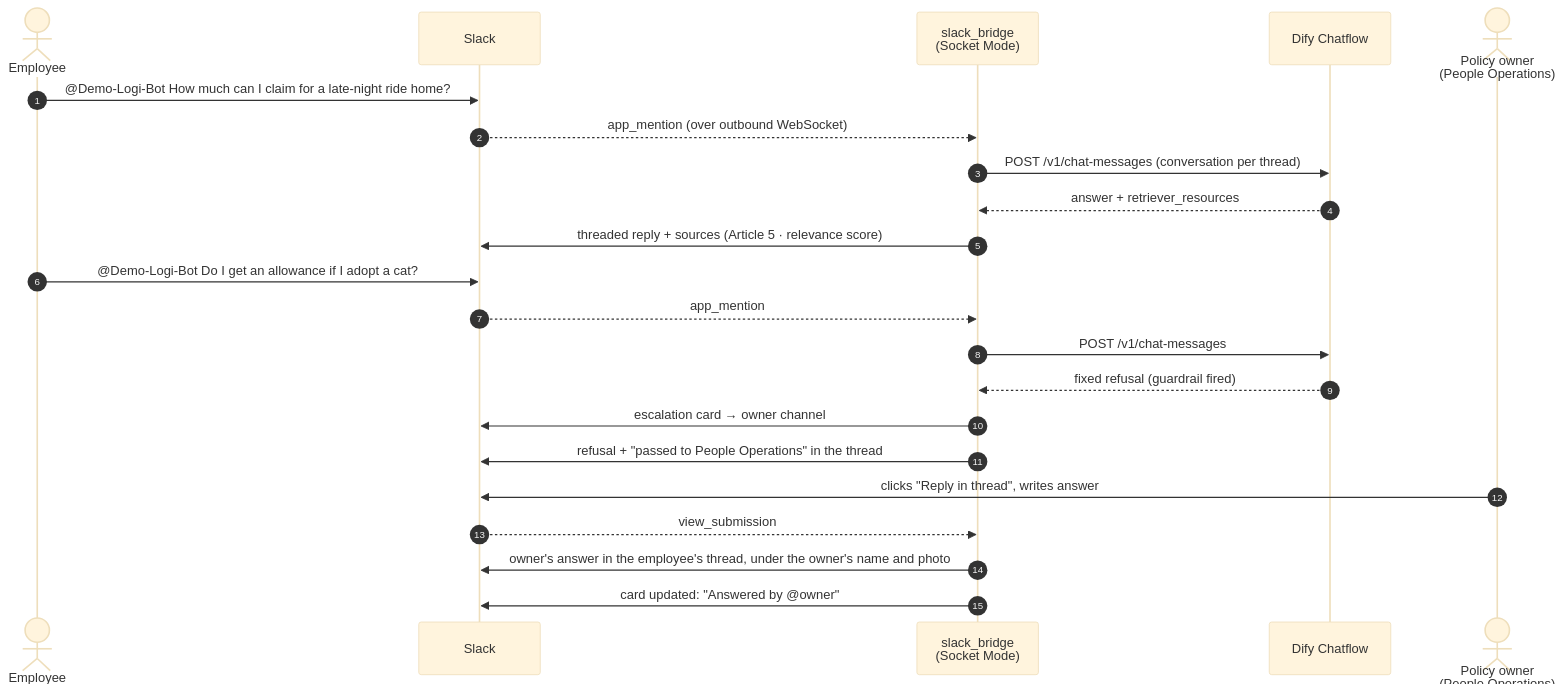
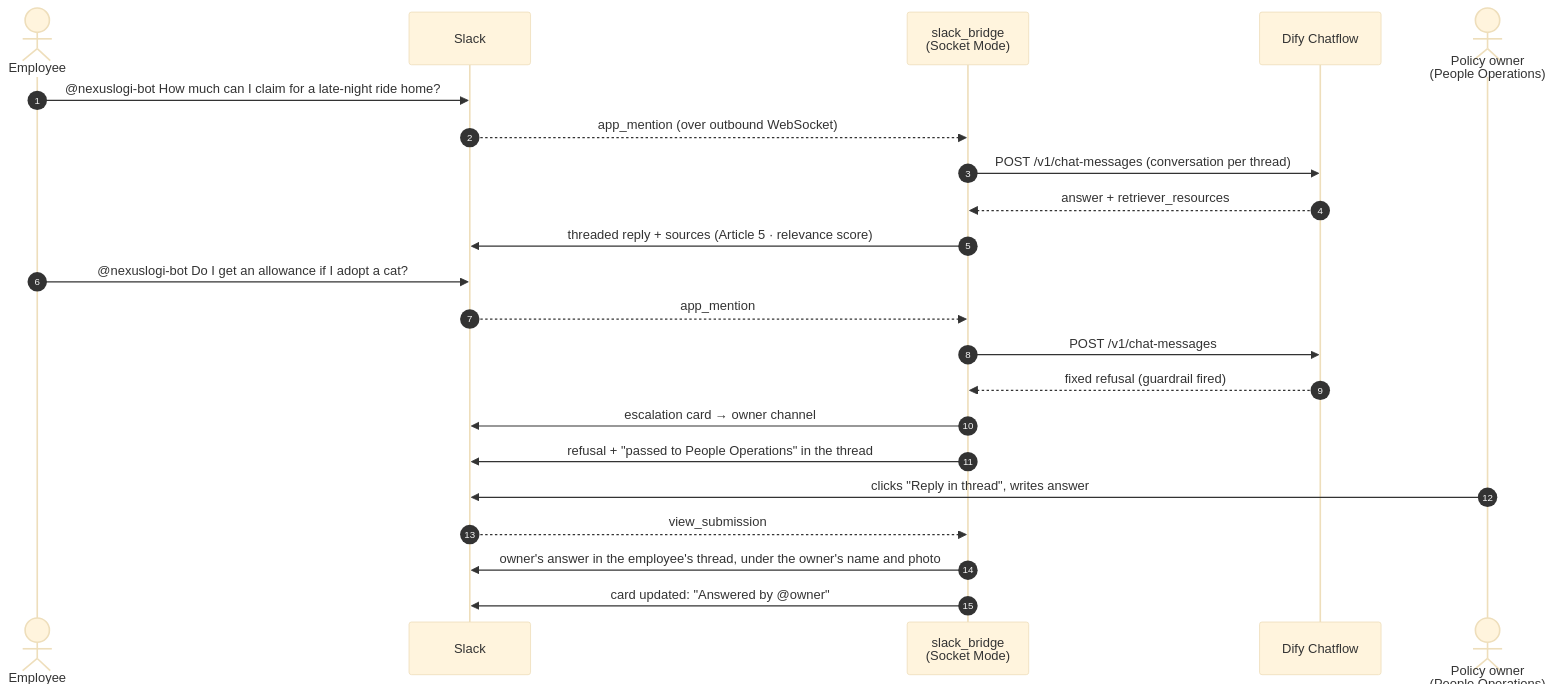
Before and after one commit to knmgn/RAG_with_Dify_Automation: the diagram in slack_bridge/README.md, drawn with Mermaid (base theme). The commit also changed other lines of this file and 21 other files, not shown here.

First line of the commit message:
Rename the demo company to Nexus Logistics and the bot to NexusLogi Bot

````diff
--- a/slack_bridge/README.md
+++ b/slack_bridge/README.md
@@ -8,26 +8,26 @@
 ```mermaid
 sequenceDiagram
     autonumber
     actor E as Employee
     participant S as Slack
     participant B as slack_bridge<br/>(Socket Mode)
     participant D as Dify Chatflow
     actor O as Policy owner<br/>(People Operations)
 
-    E->>S: @Demo-Logi-Bot How much can I claim for a late-night ride home?
+    E->>S: @nexuslogi-bot How much can I claim for a late-night ride home?
     S-->>B: app_mention (over outbound WebSocket)
     B->>D: POST /v1/chat-messages (conversation per thread)
     D-->>B: answer + retriever_resources
     B->>S: threaded reply + sources (Article 5 · relevance score)
 
-    E->>S: @Demo-Logi-Bot Do I get an allowance if I adopt a cat?
+    E->>S: @nexuslogi-bot Do I get an allowance if I adopt a cat?
     S-->>B: app_mention
     B->>D: POST /v1/chat-messages
     D-->>B: fixed refusal (guardrail fired)
     B->>S: escalation card → owner channel
     B->>S: refusal + "passed to People Operations" in the thread
     O->>S: clicks "Reply in thread", writes answer
     S-->>B: view_submission
     B->>S: owner's answer in the employee's thread, under the owner's name and photo
     B->>S: card updated: "Answered by @owner"
 ```
````
